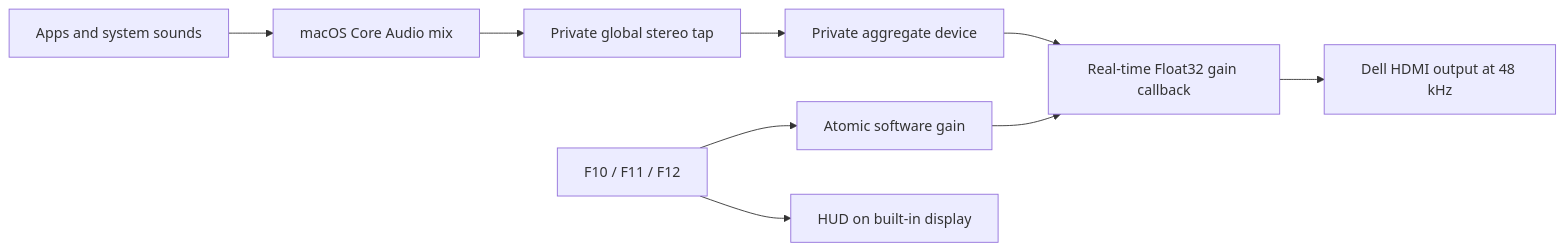
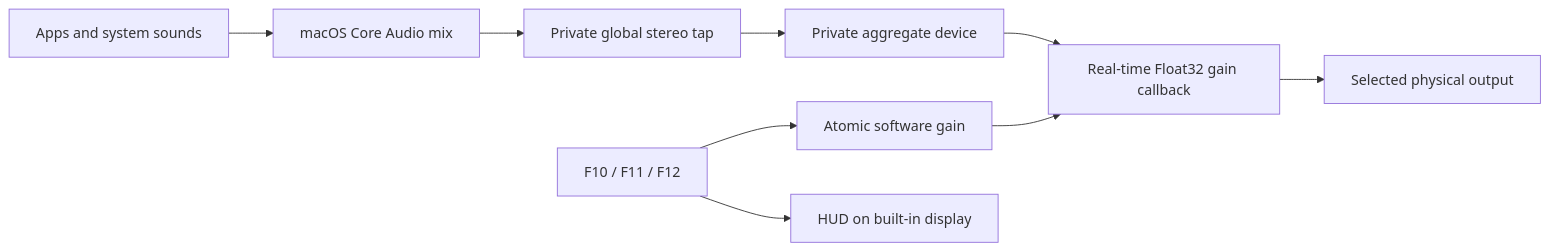
The diagram in README.md (utsabfdahal/VoluMAC), drawn with Mermaid before and after one commit. The commit also changed other lines of this file, not shown here.

First line of the commit message:
docs: document vendor-neutral output selection

````diff
--- a/README.md
+++ b/README.md
@@ -28,11 +30,11 @@
 ```mermaid
 flowchart LR
     A[Apps and system sounds] --> B[macOS Core Audio mix]
     B --> C[Private global stereo tap]
     C --> D[Private aggregate device]
     D --> E[Real-time Float32 gain callback]
-    E --> F[Dell HDMI output at 48 kHz]
+    E --> F[Selected physical output]
     G[F10 / F11 / F12] --> H[Atomic software gain]
     G --> I[HUD on built-in display]
     H --> E
 ```
````
